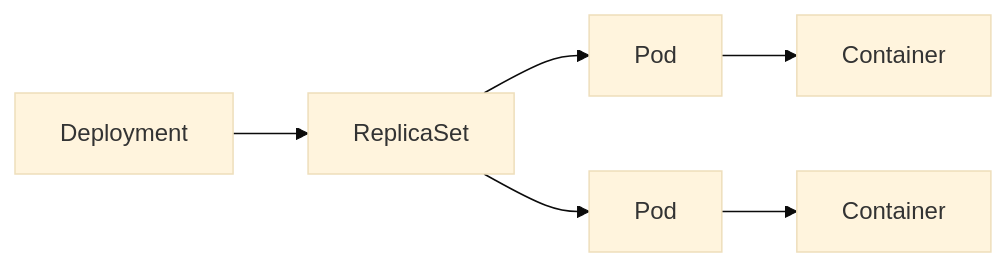
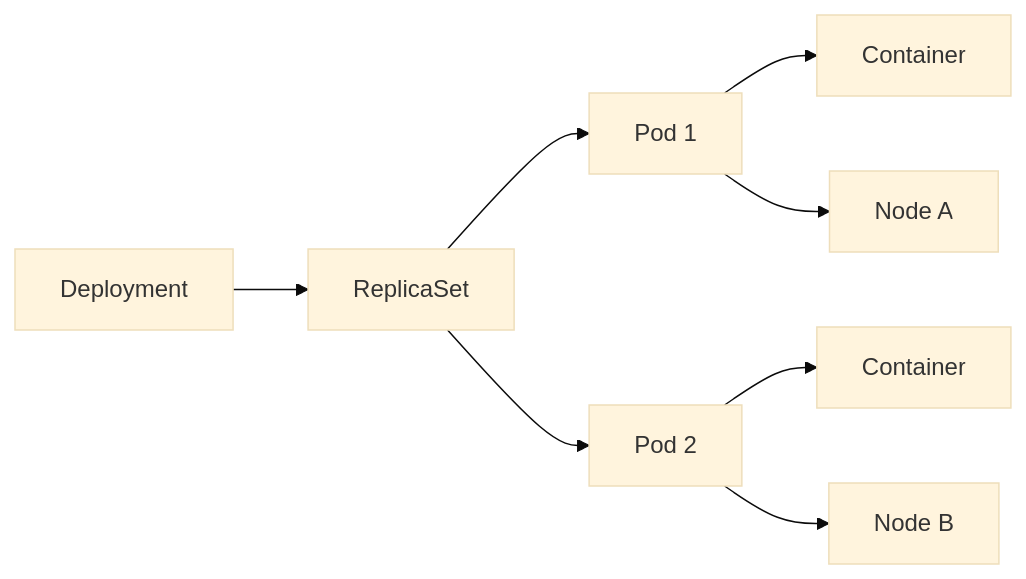
The first of 2 diagrams in content/docs/workloads/pod.md (vanhiep99w/k8s-learn), drawn with Mermaid (base theme) before and after one commit. The commit also changed other lines of this file and 2 other files, not shown here.

Commit message:
docs: viết lại hướng dẫn Pod và DaemonSet

````diff
--- a/content/docs/workloads/pod.md
+++ b/content/docs/workloads/pod.md
@@ -58,8 +107,10 @@
 ```mermaid
 flowchart LR
     D[Deployment] --> RS[ReplicaSet]
-    RS --> P1[Pod]
-    RS --> P2[Pod]
+    RS --> P1[Pod 1]
+    RS --> P2[Pod 2]
     P1 --> C1[Container]
     P2 --> C2[Container]
+    P1 --> N1[Node A]
+    P2 --> N2[Node B]
 ```
````
